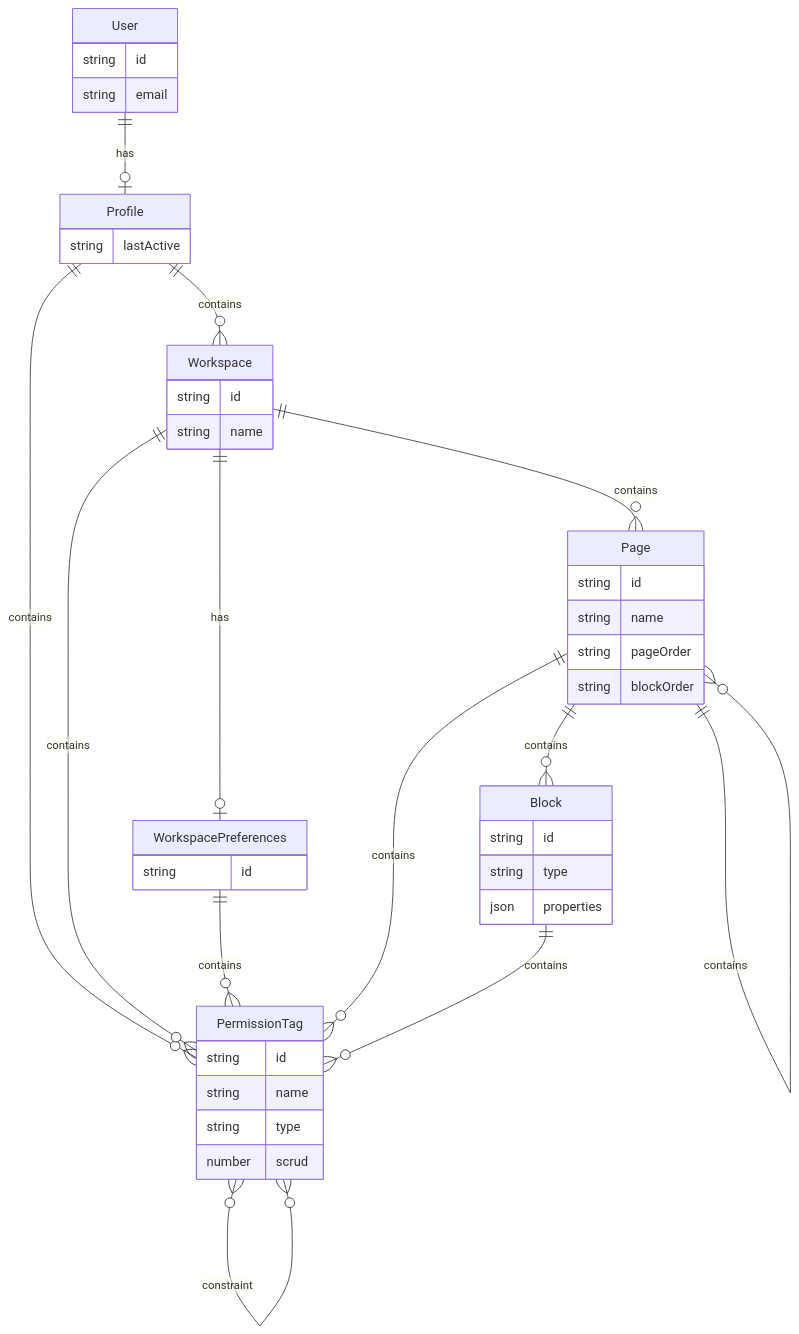
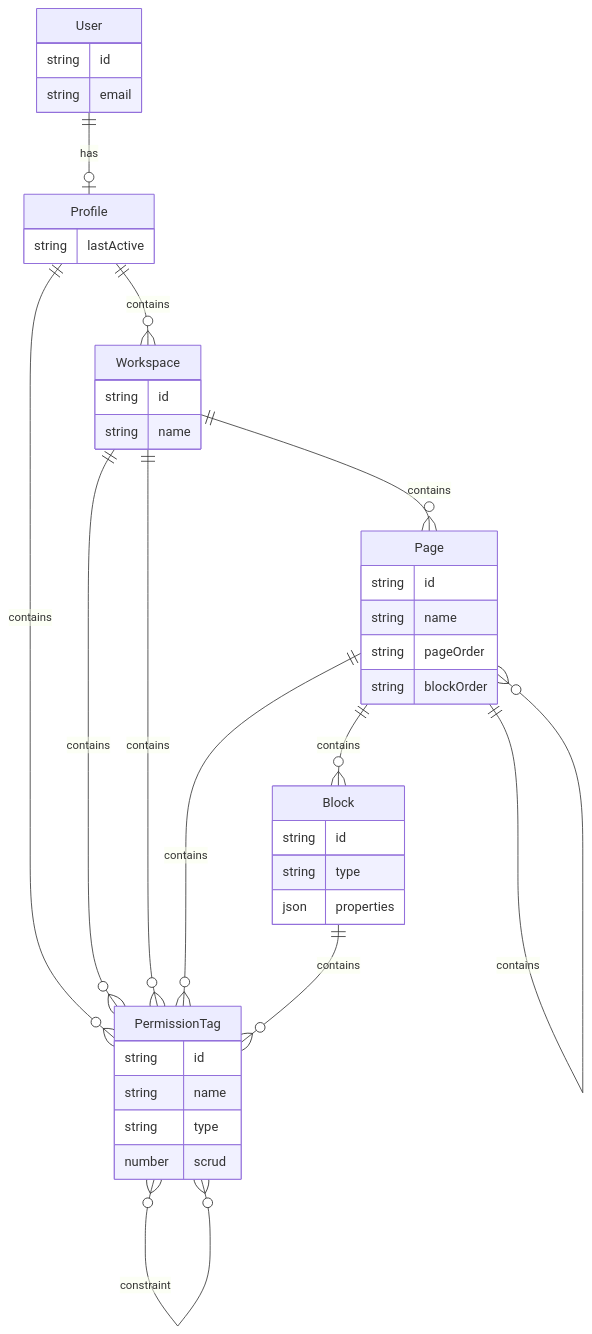
The first of 2 diagrams in docs/er.md (idealjs/chao-feng), drawn with Mermaid before and after one commit.

Commit message:
docs: remove WorkspacePreferences in er

````diff
--- a/docs/er.md
+++ b/docs/er.md
@@ -1,54 +1,49 @@
 ```mermaid
 erDiagram
 
 User {
 	string id
 	string email
 }
 
 Profile {
 	string lastActive
 }
 
 PermissionTag {
   string id
   string name
   string type
   number scrud
 }
 
 Workspace {
   string id
   string name
 }
 
-WorkspacePreferences {
-  string id
-}
-
 Page {
   string id
   string name
   string pageOrder
   string blockOrder
 }
 
 Block {
   string id
   string type
   json properties
 }
 
 User ||--o| Profile: has
 Profile ||--o{ Workspace : contains
 Profile ||--o{ PermissionTag : contains
 Workspace ||--o{ PermissionTag : contains
 Workspace ||--o{ Page : contains
-Workspace ||--o| WorkspacePreferences: has
-WorkspacePreferences ||--o{ PermissionTag : contains
+Workspace ||--o{ PermissionTag : contains
 Page ||--o{ Block : contains
 Page ||--o{ Page : contains
 Page ||--o{ PermissionTag : contains
 Block ||--o{ PermissionTag : contains
 PermissionTag }o--o{ PermissionTag: constraint
 ```
````
